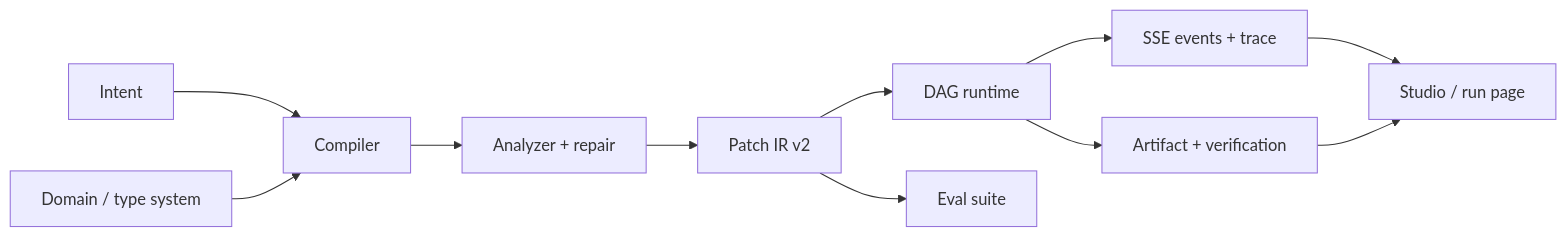
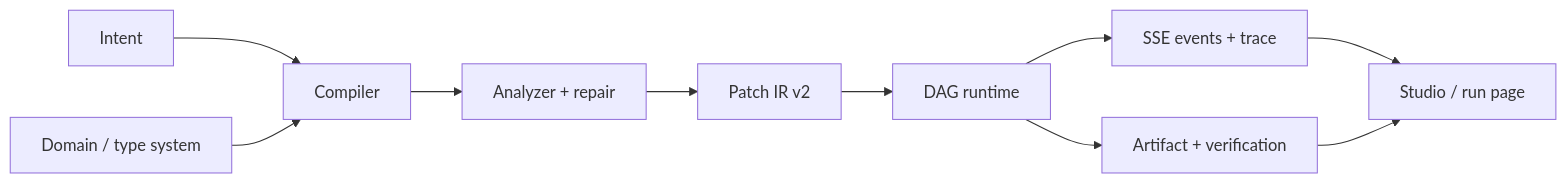
The diagram in README.md (aylesim/Glossia), drawn with Mermaid before and after one commit. The commit also changed other lines of this file and 14 other files, not shown here.

````diff
--- a/README.md
+++ b/README.md
@@ -117,13 +115,12 @@
 ```mermaid
 flowchart LR
   I[Intent] --> C[Compiler]
   D[Domain / type system] --> C
   C --> A[Analyzer + repair]
   A --> P[Patch IR v2]
   P --> R[DAG runtime]
   R --> E[SSE events + trace]
   R --> AR[Artifact + verification]
   E --> UI[Studio / run page]
   AR --> UI
-  P --> EV[Eval suite]
 ```
````
